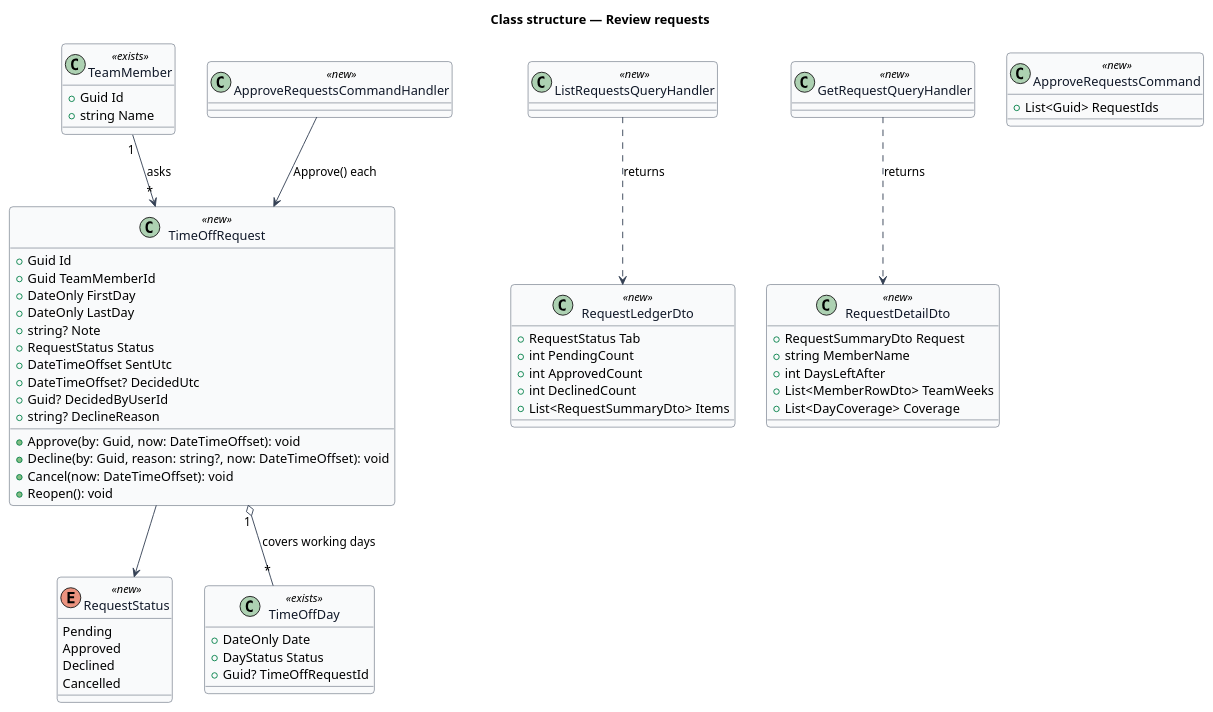
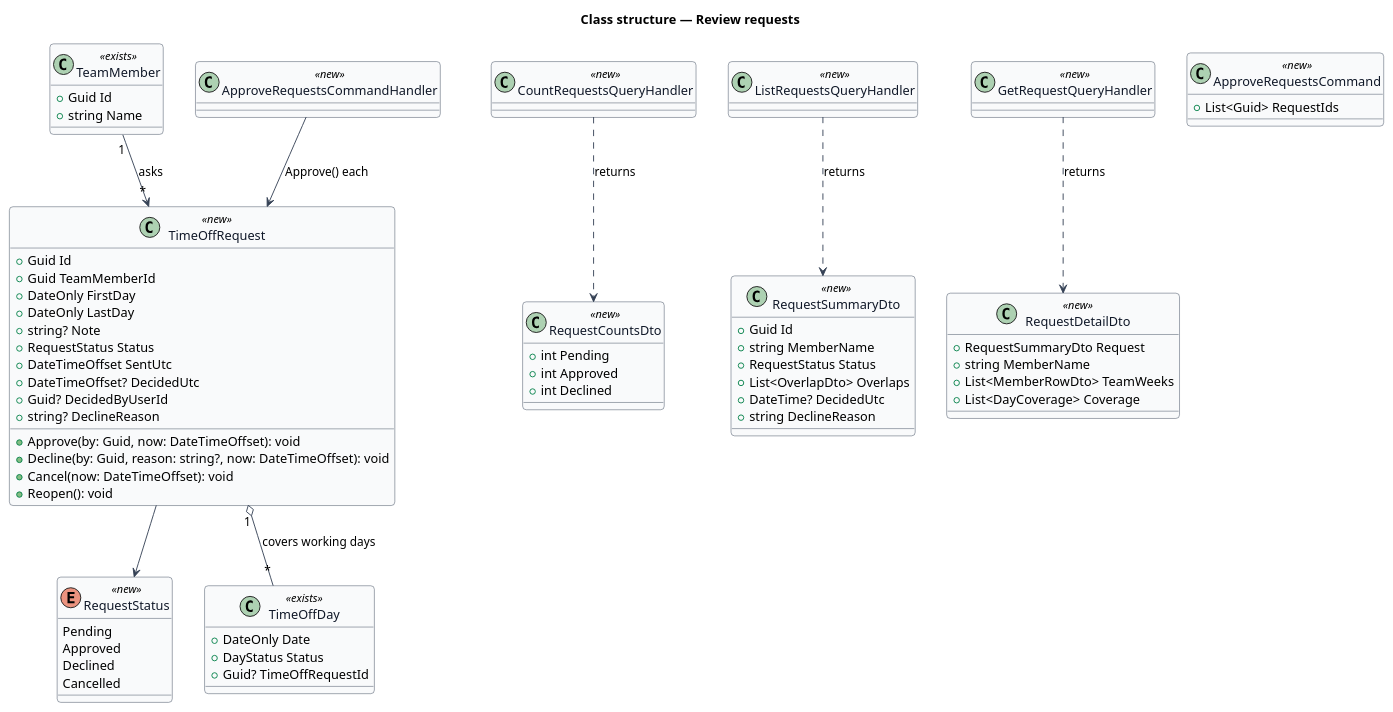
One commit to QuinntyneBrown/greenlit changed the diagram in docs/detailed-designs/requests/review-requests/diagrams/class-structure.puml. Above: the diagram before and after it, drawn with PlantUML. The commit also changed 11 other files, not shown here.

Commit message:
Review requests: tick several pending requests and approve them together with one summary toast and one Undo (L2-026), docs and estimates

```diff
--- a/docs/detailed-designs/requests/review-requests/diagrams/class-structure.puml
+++ b/docs/detailed-designs/requests/review-requests/diagrams/class-structure.puml
@@ -1,72 +1,79 @@
 @startuml
 skinparam backgroundColor #FFFFFF
 skinparam shadowing false
 skinparam roundcorner 8
 skinparam defaultFontName Arial
 skinparam ArrowColor #344054
 skinparam class {
   BorderColor #344054
   FontColor #101828
   BackgroundColor #F9FAFB
 }
 title Class structure — Review requests
 
 class TimeOffRequest <<new>> {
   +Guid Id
   +Guid TeamMemberId
   +DateOnly FirstDay
   +DateOnly LastDay
   +string? Note
   +RequestStatus Status
   +DateTimeOffset SentUtc
   +DateTimeOffset? DecidedUtc
   +Guid? DecidedByUserId
   +string? DeclineReason
   +Approve(by: Guid, now: DateTimeOffset): void
   +Decline(by: Guid, reason: string?, now: DateTimeOffset): void
   +Cancel(now: DateTimeOffset): void
   +Reopen(): void
 }
 enum RequestStatus <<new>> {
   Pending
   Approved
   Declined
   Cancelled
 }
 class TimeOffDay <<exists>> {
   +DateOnly Date
   +DayStatus Status
   +Guid? TimeOffRequestId
 }
 class TeamMember <<exists>> {
   +Guid Id
   +string Name
 }
 TimeOffRequest --> RequestStatus
 TeamMember "1" --> "*" TimeOffRequest : asks
 TimeOffRequest "1" o-- "*" TimeOffDay : covers working days
 
-class RequestLedgerDto <<new>> {
-  +RequestStatus Tab
-  +int PendingCount
-  +int ApprovedCount
-  +int DeclinedCount
-  +List<RequestSummaryDto> Items
+class RequestCountsDto <<new>> {
+  +int Pending
+  +int Approved
+  +int Declined
+}
+class RequestSummaryDto <<new>> {
+  +Guid Id
+  +string MemberName
+  +RequestStatus Status
+  +List<OverlapDto> Overlaps
+  +DateTime? DecidedUtc
+  +string DeclineReason
 }
 class RequestDetailDto <<new>> {
   +RequestSummaryDto Request
   +string MemberName
-  +int DaysLeftAfter
   +List<MemberRowDto> TeamWeeks
   +List<DayCoverage> Coverage
 }
 class ApproveRequestsCommand <<new>> {
   +List<Guid> RequestIds
 }
 class ListRequestsQueryHandler <<new>>
 class GetRequestQueryHandler <<new>>
+class CountRequestsQueryHandler <<new>>
 class ApproveRequestsCommandHandler <<new>>
-ListRequestsQueryHandler ..> RequestLedgerDto : returns
+ListRequestsQueryHandler ..> RequestSummaryDto : returns
+CountRequestsQueryHandler ..> RequestCountsDto : returns
 GetRequestQueryHandler ..> RequestDetailDto : returns
 ApproveRequestsCommandHandler --> TimeOffRequest : Approve() each
 @enduml
```
